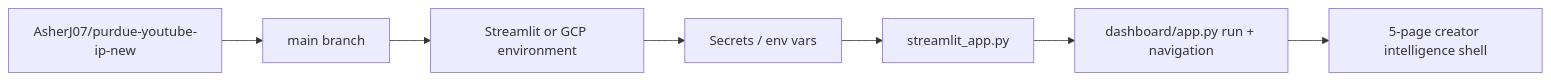
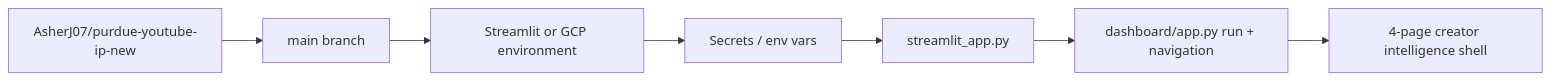
One commit to AsherJ07/purdue-youtube-ip-new changed the sixth of 6 diagrams in README.md. Above: the diagram before and after it, drawn with Mermaid. The commit also changed other lines of this file and 10 other files, not shown here.

````diff
--- a/README.md
+++ b/README.md
@@ -324,9 +319,9 @@
 ```mermaid
 flowchart LR
     A["AsherJ07/purdue-youtube-ip-new"] --> B["main branch"]
     B --> C["Streamlit or GCP environment"]
     C --> D["Secrets / env vars"]
     D --> E["streamlit_app.py"]
     E --> F["dashboard/app.py run + navigation"]
-    F --> G["5-page creator intelligence shell"]
+    F --> G["4-page creator intelligence shell"]
 ```
````
